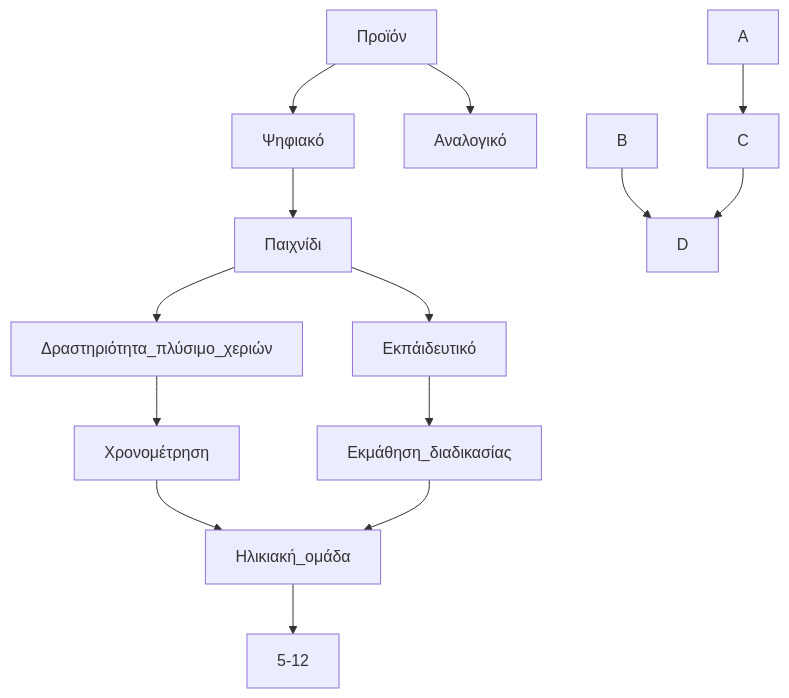
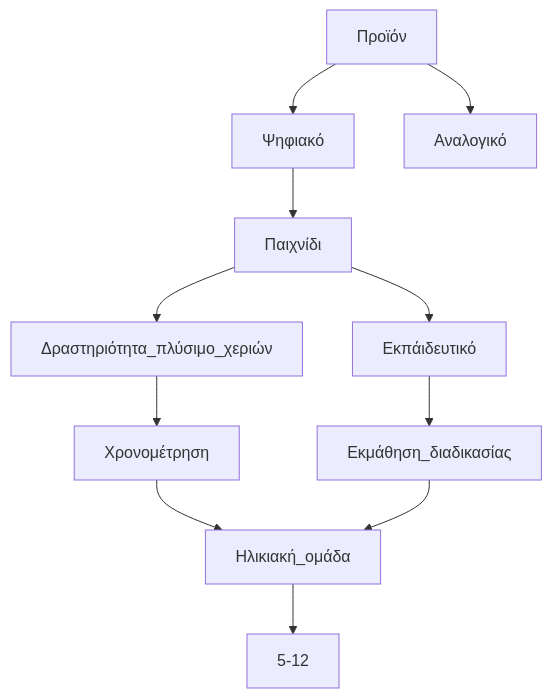
Before and after one commit to Ebabouraki/Interaction-Design-Project-Assignment: the first of 3 diagrams in our_report/README.md, drawn with Mermaid.

````diff
--- a/our_report/README.md
+++ b/our_report/README.md
@@ -200,20 +200,13 @@
 ```mermaid
   graph TD;
       Προϊόν --> Ψηφιακό;
       Προϊόν --> Αναλογικό;
       Ψηφιακό --> Παιχνίδι;
       Παιχνίδι --> Δραστηριότητα_πλύσιμο_χεριών;
       Δραστηριότητα_πλύσιμο_χεριών --> Χρονομέτρηση;
       Χρονομέτρηση --> Ηλικιακή_ομάδα;
       Παιχνίδι --> Εκπάιδευτικό;
       Εκπάιδευτικό --> Εκμάθηση_διαδικασίας;
       Εκμάθηση_διαδικασίας --> Ηλικιακή_ομάδα;
       Ηλικιακή_ομάδα --> 5-12;
-      
-       
-    
- 
-      A-->C;
-      B-->D;
-      C-->D;
 ```
````
